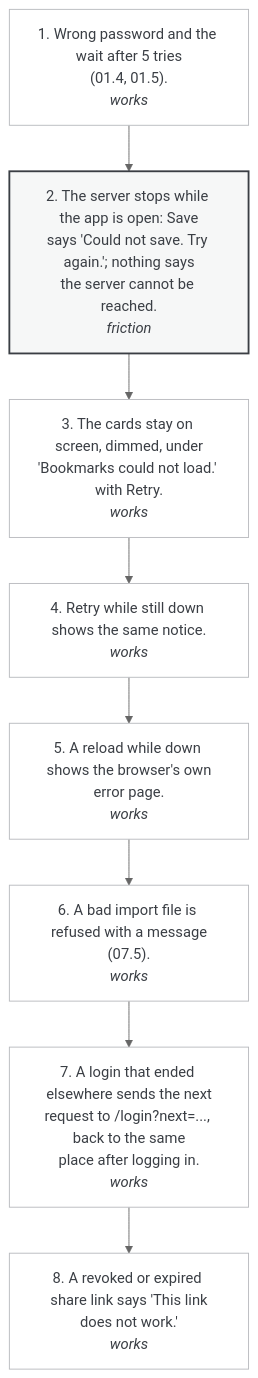
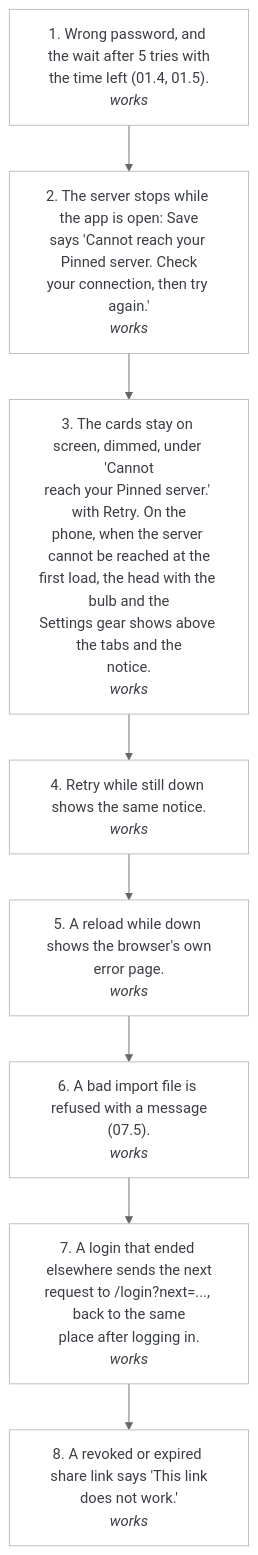
Before and after one commit to pinned-cc/pinned: the diagram in design/wireframes/flows/12-errors.mmd, drawn with Mermaid (neutral theme). The commit also changed 24 other files, not shown here.

Commit message:
Wireframes: the flows describe 0.1.12, step texts and verdicts from the flow test of 04.11 and the 0.1.12 build; the lock note, What's new, the extension's http warning and the phone head when the server is down drawn as they are; build.py no longer rewrites the record of 31.10

```diff
--- a/design/wireframes/flows/12-errors.mmd
+++ b/design/wireframes/flows/12-errors.mmd
@@ -1,19 +1,19 @@
 flowchart TD
   classDef works fill:#ffffff,stroke:#b8babe,color:#3a3e44;
   classDef friction fill:#f6f7f7,stroke:#3a3e44,stroke-width:2px,color:#3a3e44;
   classDef broken fill:#ffffff,stroke:#c4362b,stroke-width:2px,color:#c4362b;
-  S1["1. Wrong password and the wait after 5 tries<br/>(01.4, 01.5).<br/><i>works</i>"]:::works
-  S2["2. The server stops while the app is open: Save<br/>says 'Could not save. Try again.'; nothing says<br/>the server cannot be reached.<br/><i>friction</i>"]:::friction
-  S3["3. The cards stay on screen, dimmed, under<br/>'Bookmarks could not load.' with Retry.<br/><i>works</i>"]:::works
+  S1["1. Wrong password, and the wait after 5 tries with<br/>the time left (01.4, 01.5).<br/><i>works</i>"]:::works
+  S2["2. The server stops while the app is open: Save<br/>says 'Cannot reach your Pinned server. Check<br/>your connection, then try again.'<br/><i>works</i>"]:::works
+  S3["3. The cards stay on screen, dimmed, under 'Cannot<br/>reach your Pinned server.' with Retry. On the<br/>phone, when the server cannot be reached at the<br/>first load, the head with the bulb and the<br/>Settings gear shows above the tabs and the<br/>notice.<br/><i>works</i>"]:::works
   S4["4. Retry while still down shows the same notice.<br/><i>works</i>"]:::works
   S5["5. A reload while down shows the browser's own<br/>error page.<br/><i>works</i>"]:::works
   S6["6. A bad import file is refused with a message<br/>(07.5).<br/><i>works</i>"]:::works
   S7["7. A login that ended elsewhere sends the next<br/>request to /login?next=..., back to the same<br/>place after logging in.<br/><i>works</i>"]:::works
   S8["8. A revoked or expired share link says 'This link<br/>does not work.'<br/><i>works</i>"]:::works
   S1 --> S2
   S2 --> S3
   S3 --> S4
   S4 --> S5
   S5 --> S6
   S6 --> S7
   S7 --> S8
```
